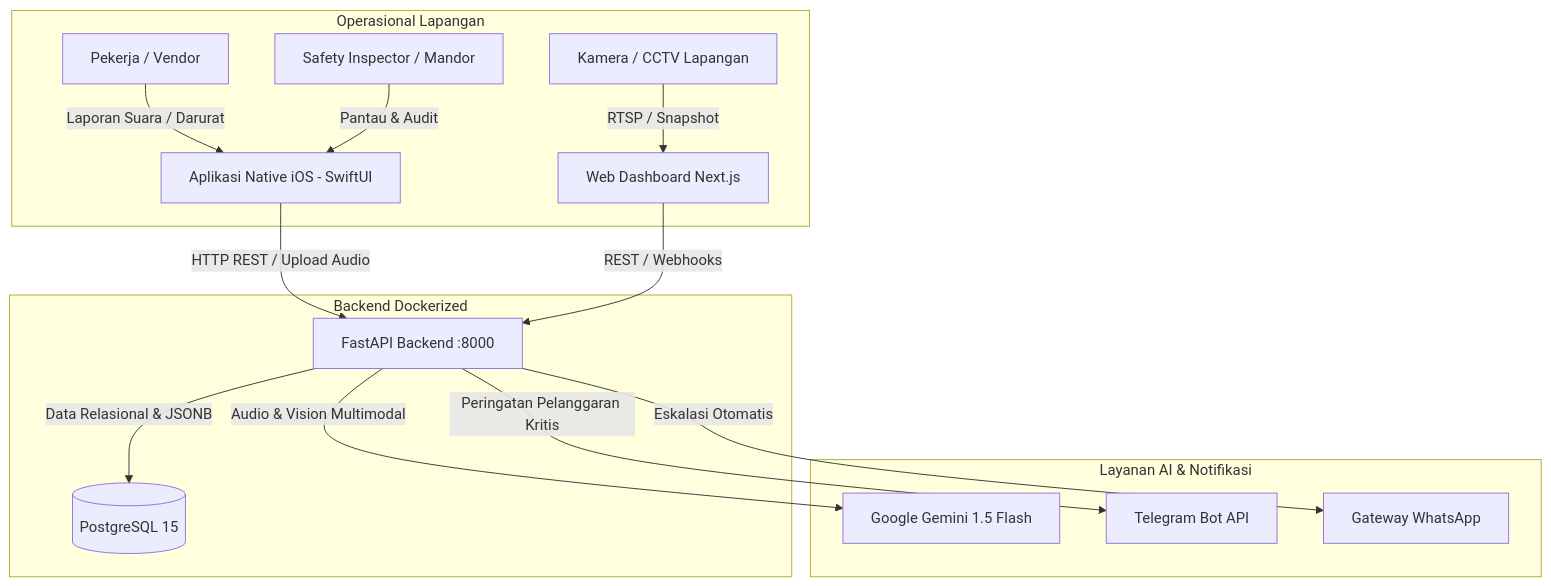
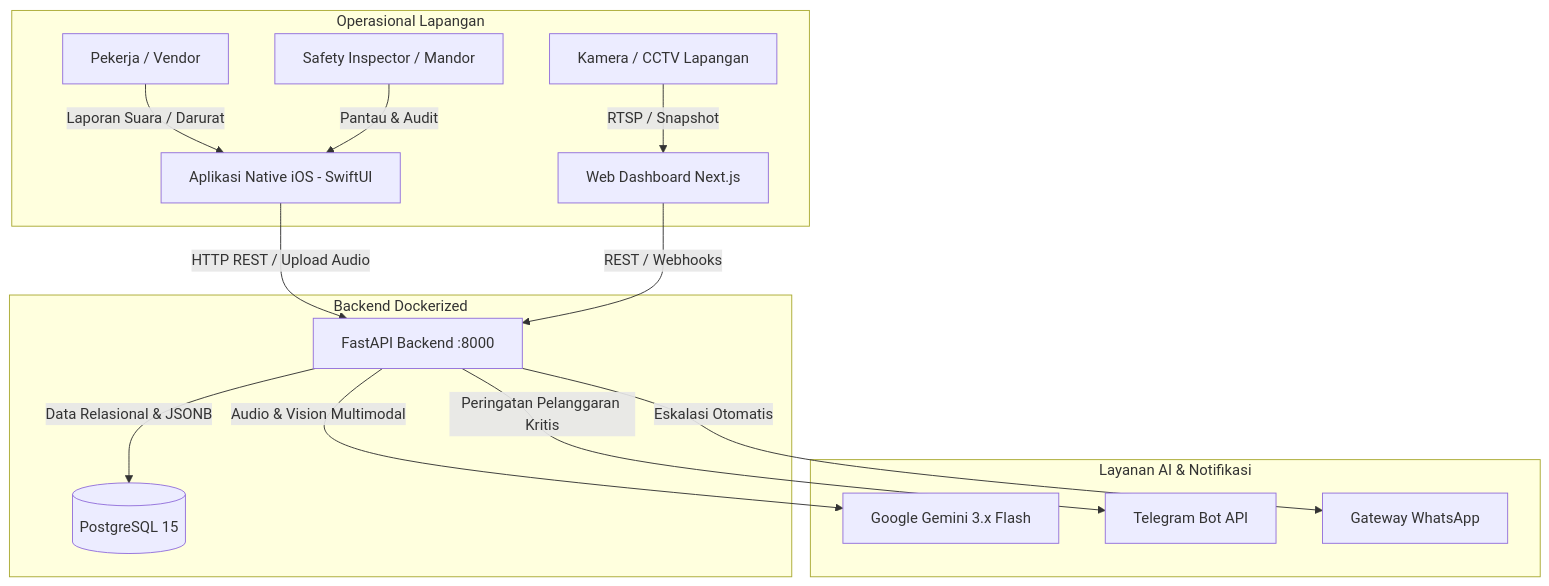
One commit to ahmadhadist/ai-safety-platform changed the first of 2 diagrams in README_ID.md. Above: the diagram before and after it, drawn with Mermaid. The commit also changed other lines of this file and 30 other files, not shown here.

````diff
--- a/README_ID.md
+++ b/README_ID.md
@@ -36,20 +36,20 @@
 ```mermaid
 graph TD
     subgraph Lapisan Lapangan [Operasional Lapangan]
         Worker[Pekerja / Vendor] -->|Laporan Suara / Darurat| MobileApp[Aplikasi Native iOS - SwiftUI]
         Inspector[Safety Inspector / Mandor] -->|Pantau & Audit| MobileApp
         CCTV[Kamera / CCTV Lapangan] -->|RTSP / Snapshot| WebDashboard[Web Dashboard Next.js]
     end
 
     subgraph Mesin Inti [Backend Dockerized]
         MobileApp -->|HTTP REST / Upload Audio| FastAPI[FastAPI Backend :8000]
         WebDashboard -->|REST / Webhooks| FastAPI
         FastAPI -->|Data Relasional & JSONB| Postgres[(PostgreSQL 15)]
     end
 
     subgraph Kecerdasan & Notifikasi [Layanan AI & Notifikasi]
-        FastAPI -->|Audio & Vision Multimodal| Gemini[Google Gemini 1.5 Flash]
+        FastAPI -->|Audio & Vision Multimodal| Gemini[Google Gemini 3.x Flash]
         FastAPI -->|Peringatan Pelanggaran Kritis| Telegram[Telegram Bot API]
         FastAPI -->|Eskalasi Otomatis| WhatsApp[Gateway WhatsApp]
     end
 ```
````
